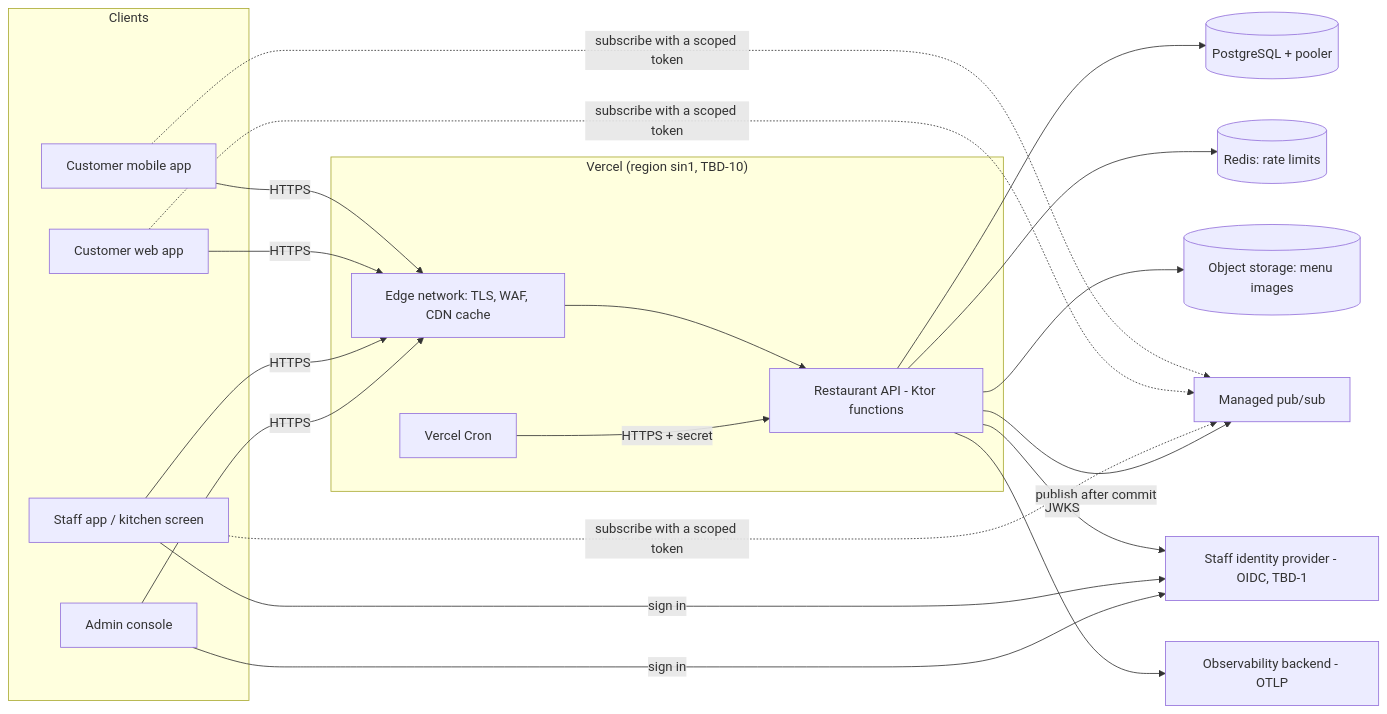
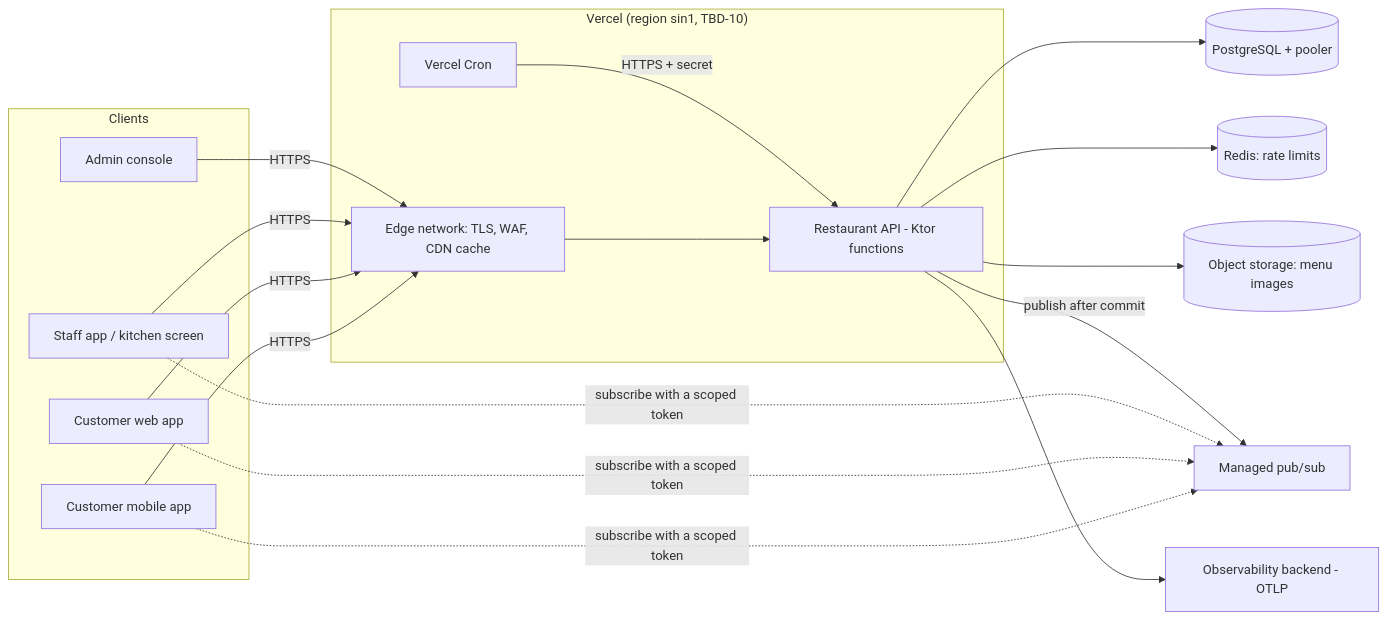
Before and after one commit to phongmanh/restaurant-backend: the first of 2 diagrams in docs/sdlc/restaurant-ordering/architecture.md, drawn with Mermaid. The commit also changed other lines of this file and 34 other files, not shown here.

First line of the commit message:
Design built-in staff sign-in and build the S-4 spike

````diff
--- a/docs/sdlc/restaurant-ordering/architecture.md
+++ b/docs/sdlc/restaurant-ordering/architecture.md
@@ -34,31 +34,28 @@
 ```mermaid
 graph LR
   subgraph Clients
     guestApp[Customer mobile app]
     guestWeb[Customer web app]
     staffApp[Staff app / kitchen screen]
     admin[Admin console]
   end
   subgraph Vercel["Vercel (region sin1, TBD-10)"]
     edge[Edge network: TLS, WAF, CDN cache]
     api[Restaurant API - Ktor functions]
     cron[Vercel Cron]
   end
   db[(PostgreSQL + pooler)]
   redis[(Redis: rate limits)]
   blob[(Object storage: menu images)]
   rt[Managed pub/sub]
-  idp[Staff identity provider - OIDC, TBD-1]
   otel[Observability backend - OTLP]
 
   guestApp & guestWeb & staffApp & admin -->|HTTPS| edge --> api
   guestApp & guestWeb & staffApp -.->|subscribe with a scoped token| rt
   cron -->|HTTPS + secret| api
   api --> db
   api --> redis
   api --> blob
   api -->|publish after commit| rt
-  api -->|JWKS| idp
-  staffApp & admin -->|sign in| idp
   api --> otel
 ```
````
